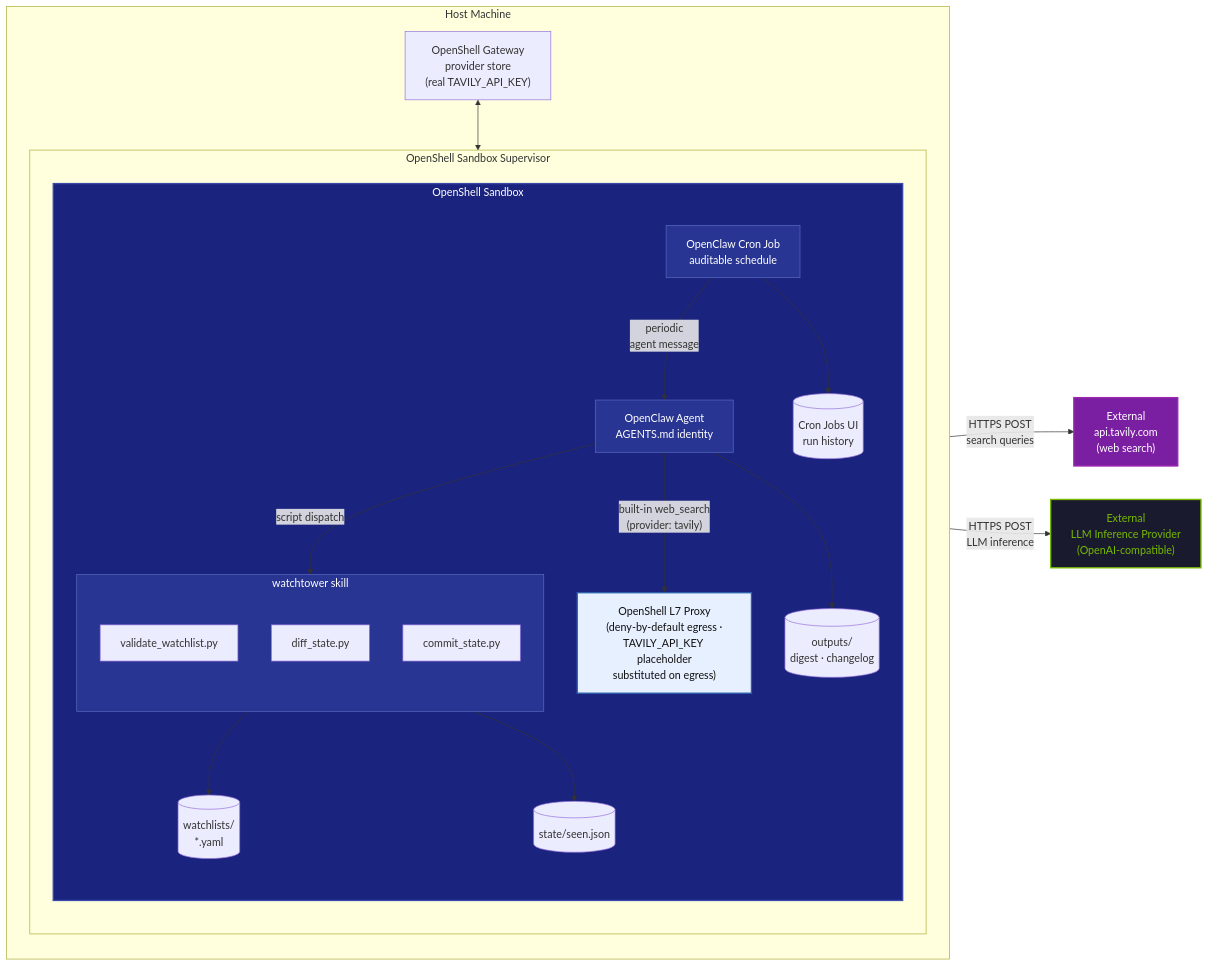
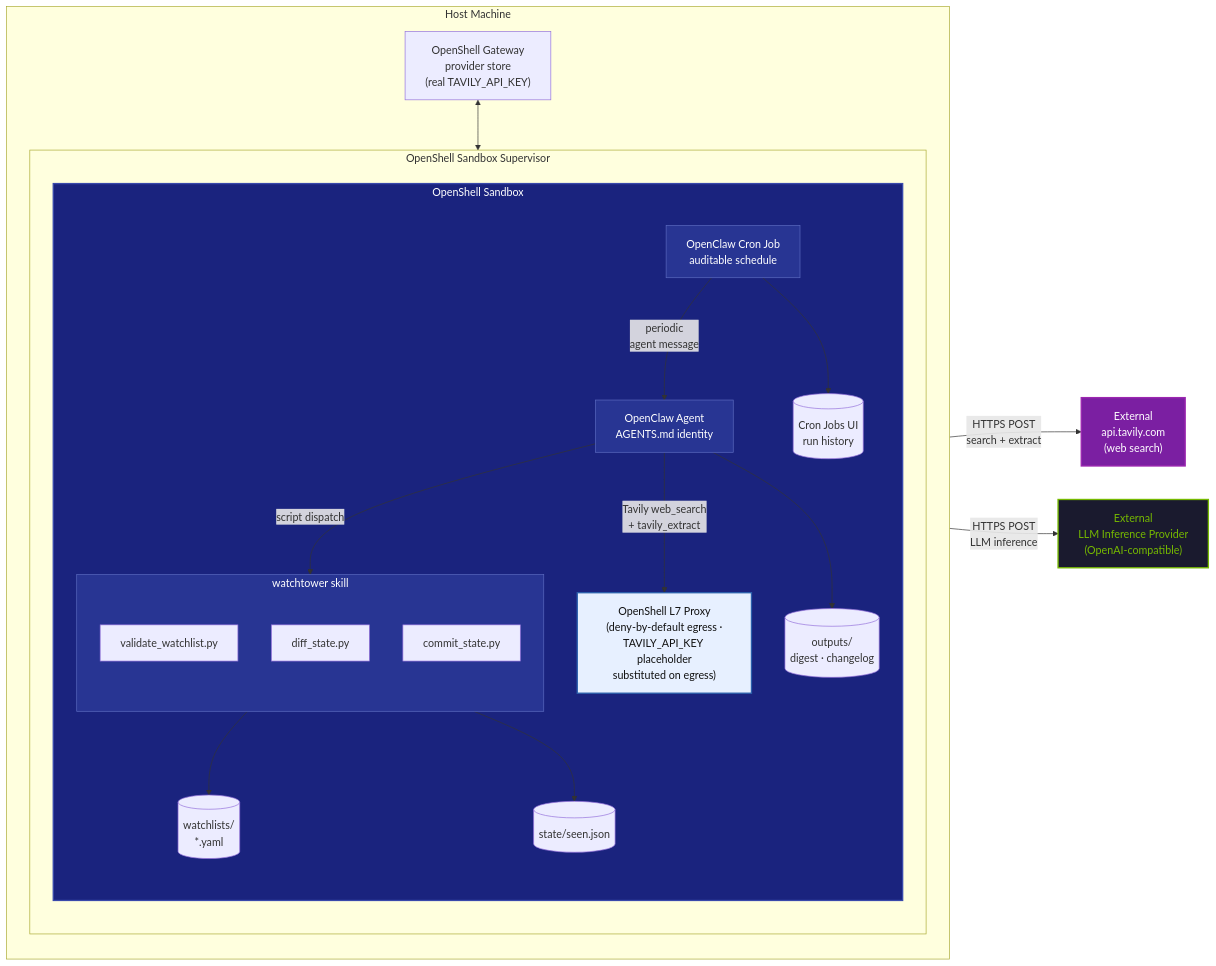
One commit to fork-the-planet/NVIDIA___nemoclaw-community changed the diagram in examples/watchtower/README.md. Above: the diagram before and after it, drawn with Mermaid. The commit also changed other lines of this file and 6 other files, not shown here.

````diff
--- a/examples/watchtower/README.md
+++ b/examples/watchtower/README.md
@@ -21,58 +22,58 @@
 ```mermaid
 flowchart LR
 
     tavily["External\napi.tavily.com\n(web search)"]
     llm["External\nLLM Inference Provider\n(OpenAI-compatible)"]
 
     subgraph host["Host Machine"]
         direction TB
 
         subgraph supervisor["OpenShell Sandbox Supervisor"]
             direction TB
 
             l7["OpenShell L7 Proxy\n(deny-by-default egress ·\nTAVILY_API_KEY placeholder\nsubstituted on egress)"]
 
             subgraph sandbox["OpenShell Sandbox"]
                 direction TB
 
                 cron["OpenClaw Cron Job\nauditable schedule"]
                 agent["OpenClaw Agent\nAGENTS.md identity"]
 
                 subgraph skill["watchtower skill"]
                     direction TB
                     s1["validate_watchlist.py"]
                     s2["diff_state.py"]
                     s3["commit_state.py"]
                 end
 
                 wl[("watchlists/\n*.yaml")]
                 st[("state/seen.json")]
                 out[("outputs/\ndigest · changelog")]
                 runs[("Cron Jobs UI\nrun history")]
 
                 cron -->|"periodic\nagent message"| agent
                 cron --> runs
 
-                agent -->|"built-in web_search\n(provider: tavily)"| l7
+                agent -->|"Tavily web_search\n+ tavily_extract"| l7
                 agent -->|"script dispatch"| skill
                 skill --> wl
                 skill --> st
                 agent --> out
             end
         end
 
         gateway["OpenShell Gateway\nprovider store\n(real TAVILY_API_KEY)"]
         gateway <--> l7
     end
 
-    l7 -->|"HTTPS POST\nsearch queries"| tavily
+    l7 -->|"HTTPS POST\nsearch + extract"| tavily
     agent -->|"HTTPS POST\nLLM inference"| llm
 
     style sandbox fill:#1a237e,stroke:#3949ab,stroke-width:2px,color:#fff
     style skill   fill:#283593,stroke:#5c6bc0,stroke-width:1px,color:#fff
     style agent   fill:#283593,stroke:#5c6bc0,stroke-width:1px,color:#fff
     style cron fill:#283593,stroke:#5c6bc0,stroke-width:1px,color:#fff
     style l7      fill:#e7f0ff,stroke:#2b5fab,stroke-width:2px,color:#111
     style tavily  fill:#7b1fa2,stroke:#9c27b0,stroke-width:2px,color:#fff
     style llm     fill:#1a1a2e,stroke:#76b900,stroke-width:2px,color:#76b900
 ```
````
